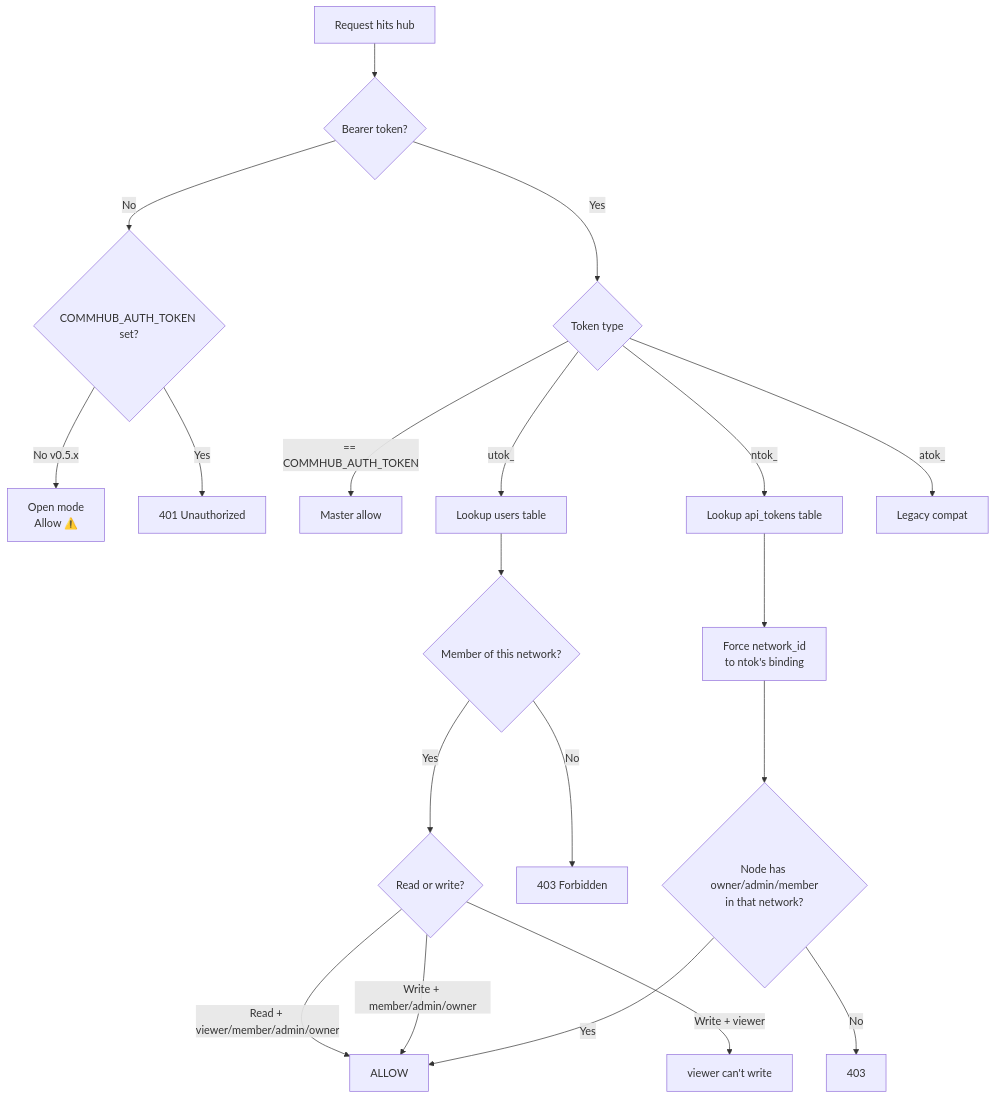
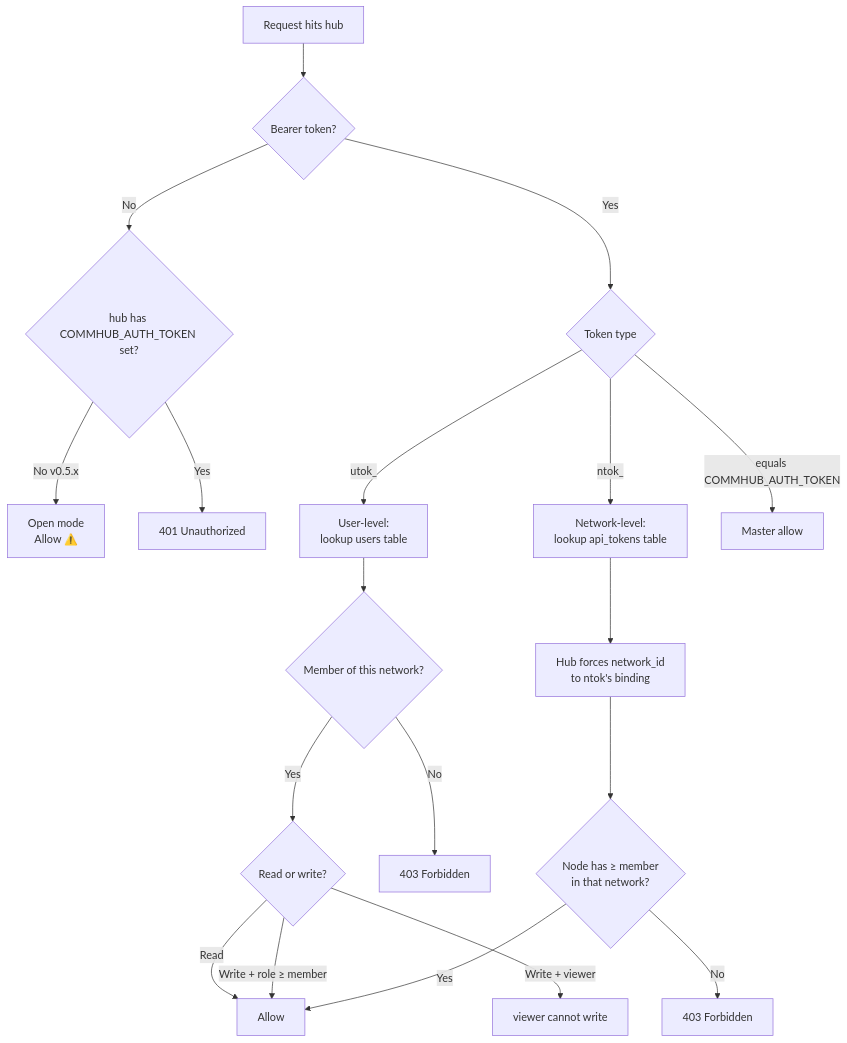
The diagram in docs-site/docs/en/concepts/tokens.md (sleep2agi/agent-network), drawn with Mermaid before and after one commit. The commit also changed other lines of this file and 1 other file, not shown here.

Commit message:
docs(concepts/tokens): demote COMMHUB_AUTH_TOKEN — main path is just utok_+ntok_, advanced section pushed to bottom with 'skip if you only use the CLI' warning

````diff
--- a/docs-site/docs/en/concepts/tokens.md
+++ b/docs-site/docs/en/concepts/tokens.md
@@ -211,25 +197,24 @@
 ```mermaid
 flowchart TD
-    REQ[Request hits hub] --> HASTOKEN{Bearer token?}
-    HASTOKEN -->|No| HASMASTER{COMMHUB_AUTH_TOKEN set?}
-    HASMASTER -->|No v0.5.x| OPEN[Open mode<br/>Allow ⚠️]
-    HASMASTER -->|Yes| DENY1[401 Unauthorized]
+    REQ[Request hits hub] --> HAS{Bearer token?}
+    HAS -->|No| OPENCHECK{hub has COMMHUB_AUTH_TOKEN set?}
+    OPENCHECK -->|No v0.5.x| OPEN[Open mode<br/>Allow ⚠️]
+    OPENCHECK -->|Yes| DENY1[401 Unauthorized]
 
-    HASTOKEN -->|Yes| MATCH{Token type}
-    MATCH -->|== COMMHUB_AUTH_TOKEN| MASTER[Master allow]
-    MATCH -->|utok_| UTOK[Lookup users table]
-    MATCH -->|ntok_| NTOK[Lookup api_tokens table]
-    MATCH -->|atok_| ATOK[Legacy compat]
+    HAS -->|Yes| TYPE{Token type}
+    TYPE -->|utok_| UTOK[User-level:<br/>lookup users table]
+    TYPE -->|ntok_| NTOK[Network-level:<br/>lookup api_tokens table]
+    TYPE -->|equals COMMHUB_AUTH_TOKEN| MASTER[Master allow]
 
     UTOK --> UROLE{Member of this network?}
     UROLE -->|Yes| UOP{Read or write?}
     UROLE -->|No| DENY2[403 Forbidden]
-    UOP -->|Read + viewer/member/admin/owner| ALLOW
-    UOP -->|Write + member/admin/owner| ALLOW
-    UOP -->|Write + viewer| DENY3[viewer can't write]
+    UOP -->|Read| ALLOW[Allow]
+    UOP -->|Write + role ≥ member| ALLOW
+    UOP -->|Write + viewer| DENY3[viewer cannot write]
 
-    NTOK --> NSCOPE[Force network_id<br/>to ntok's binding]
-    NSCOPE --> NROLE{Node has owner/admin/member<br/>in that network?}
+    NTOK --> FORCED[Hub forces network_id<br/>to ntok's binding]
+    FORCED --> NROLE{Node has ≥ member<br/>in that network?}
     NROLE -->|Yes| ALLOW
-    NROLE -->|No| DENY4[403]
+    NROLE -->|No| DENY4[403 Forbidden]
 ```
````
